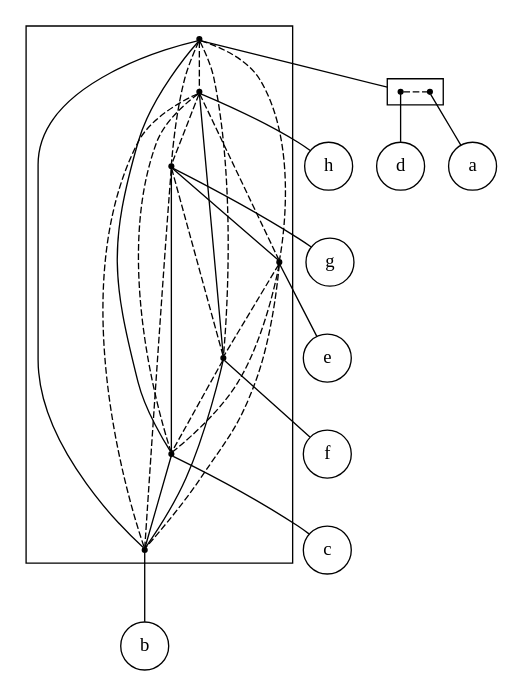
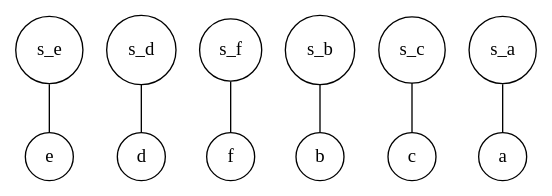
One commit to lrodrin/TFG changed the diagram in src/extension/plain_2-structure.dot. Above: the diagram before and after it, drawn with Graphviz. The commit also changed 7 other files, not shown here.

```diff
--- a/src/extension/plain_2-structure.dot
+++ b/src/extension/plain_2-structure.dot
@@ -1,55 +1,23 @@
 strict digraph "plain_2-structure" {
 compound=true;
 fontname=Verdana;
 fontsize=12;
 newrank=true;
 node [shape=circle];
-h;
-g;
 e;
+d;
 f;
+b;
 c;
-b;
-d;
 a;
-subgraph cluster_cebdfhga {
+subgraph cluster_cedfab {
 node [shape=point];
-s_da -> s_h  [color=black, style=dashed, arrowhead=none];
-s_da -> s_g  [color=black, style=dashed, arrowhead=none];
-s_da -> s_e  [color=black, style=dashed, arrowhead=none];
-s_da -> s_f  [color=black, style=dashed, arrowhead=none];
-s_da -> s_c  [color=black, style=solid, arrowhead=none];
-s_da -> s_b  [color=black, style=solid, arrowhead=none];
-s_h -> s_g  [color=black, style=dashed, arrowhead=none];
-s_h -> s_e  [color=black, style=dashed, arrowhead=none];
-s_h -> s_f  [color=black, style=solid, arrowhead=none];
-s_h -> s_c  [color=black, style=dashed, arrowhead=none];
-s_h -> s_b  [color=black, style=dashed, arrowhead=none];
-s_g -> s_e  [color=black, style=solid, arrowhead=none];
-s_g -> s_f  [color=black, style=dashed, arrowhead=none];
-s_g -> s_c  [color=black, style=solid, arrowhead=none];
-s_g -> s_b  [color=black, style=dashed, arrowhead=none];
-s_e -> s_f  [color=black, style=dashed, arrowhead=none];
-s_e -> s_c  [color=black, style=dashed, arrowhead=none];
-s_e -> s_b  [color=black, style=dashed, arrowhead=none];
-s_f -> s_c  [color=black, style=dashed, arrowhead=none];
-s_f -> s_b  [color=black, style=solid, arrowhead=none];
-s_c -> s_b  [color=black, style=solid, arrowhead=none];
 }
 
-subgraph cluster_da {
-rank=same;
-node [shape=point];
-s_d -> s_a  [color=black, style=dashed, arrowhead=none];
-}
-
-s_da -> s_d  [lhead=cluster_da, arrowhead=none];
-s_h -> h  [arrowhead=none];
-s_g -> g  [arrowhead=none];
 s_e -> e  [arrowhead=none];
+s_d -> d  [arrowhead=none];
 s_f -> f  [arrowhead=none];
+s_b -> b  [arrowhead=none];
 s_c -> c  [arrowhead=none];
-s_b -> b  [arrowhead=none];
-s_d -> d  [arrowhead=none];
 s_a -> a  [arrowhead=none];
 }
```
